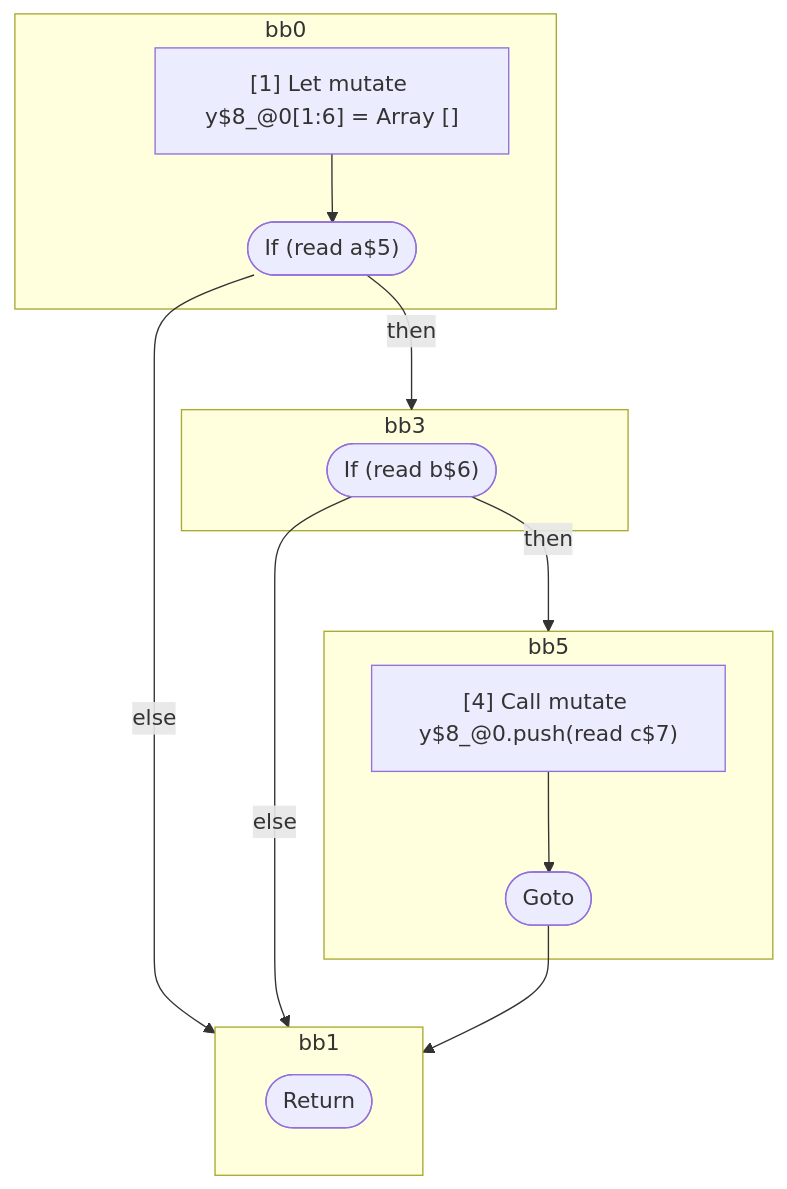
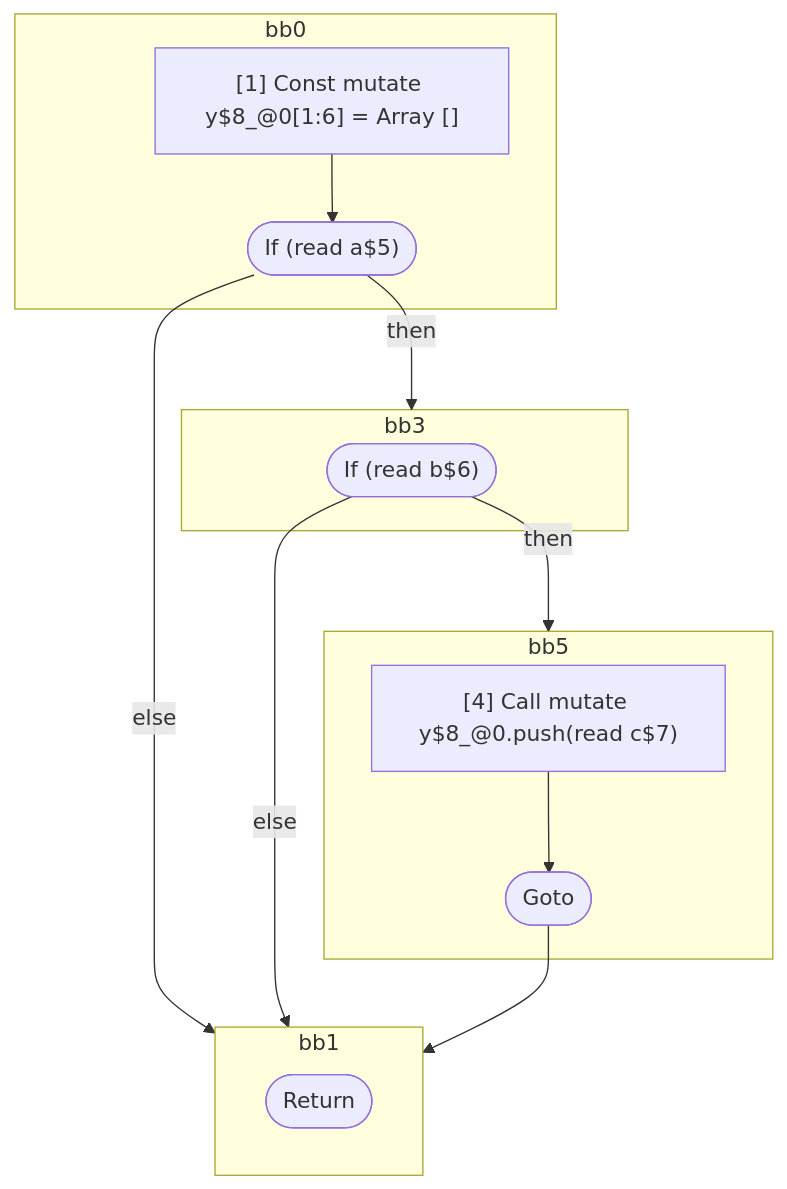
One commit to wutsmog/private changed the diagram in compiler/forget/src/__tests__/fixtures/hir/inverted-if.expect.md. Above: the diagram before and after it, drawn with Mermaid. The commit also changed other lines of this file and 61 other files, not shown here.

````diff
--- a/compiler/forget/src/__tests__/fixtures/hir/inverted-if.expect.md
+++ b/compiler/forget/src/__tests__/fixtures/hir/inverted-if.expect.md
@@ -41,30 +41,30 @@
 ```mermaid
 flowchart TB
   %% Basic Blocks
   subgraph bb0
     bb0_instrs["
-      [1] Let mutate y$8_@0[1:6] = Array []
+      [1] Const mutate y$8_@0[1:6] = Array []
     "]
     bb0_instrs --> bb0_terminal(["If (read a$5)"])
   end
   subgraph bb3
     bb3_terminal(["If (read b$6)"])
   end
   subgraph bb5
     bb5_instrs["
       [4] Call mutate y$8_@0.push(read c$7)
     "]
     bb5_instrs --> bb5_terminal(["Goto"])
   end
   subgraph bb1
     bb1_terminal(["Return"])
   end
 
   %% Jumps
   bb0_terminal -- "then" --> bb3
   bb0_terminal -- "else" --> bb1
   bb3_terminal -- "then" --> bb5
   bb3_terminal -- "else" --> bb1
   bb5_terminal --> bb1
 
 ```
````
